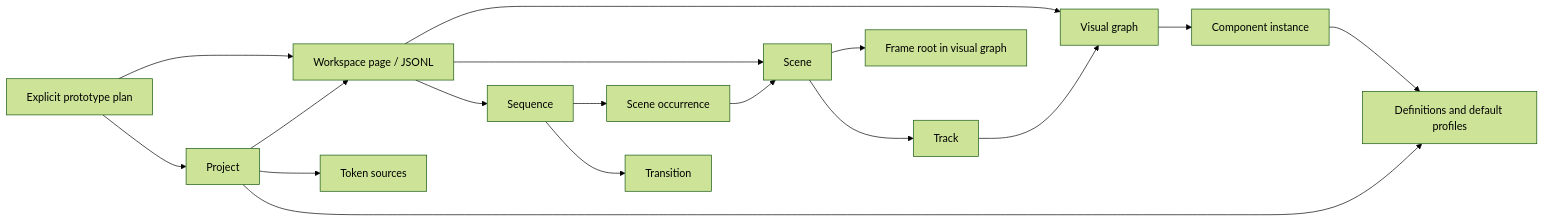
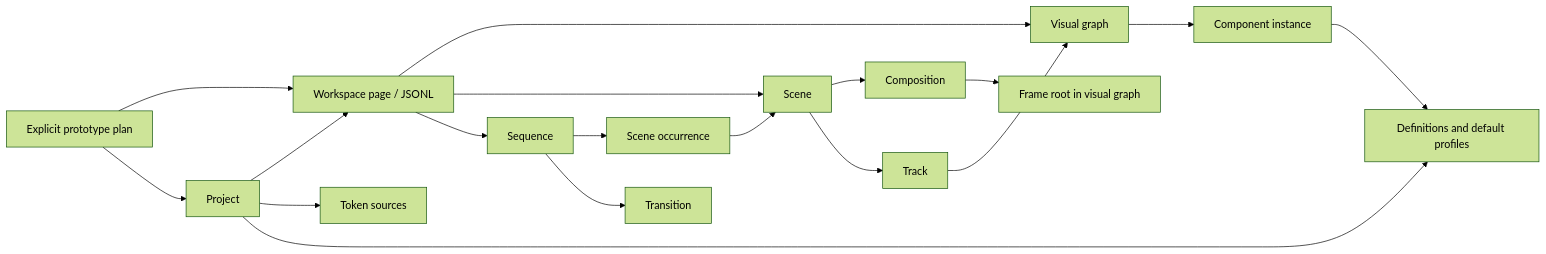
The diagram in docs/architecture/design/shared-document-model/relationships.md (Paths-Design/full-stack-ds), drawn with Mermaid (forest theme) before and after one commit. The commit also changed other lines of this file and 3 other files, not shown here.

````diff
--- a/docs/architecture/design/shared-document-model/relationships.md
+++ b/docs/architecture/design/shared-document-model/relationships.md
@@ -32,19 +33,20 @@
 ```mermaid
 flowchart LR
   Project --> Page[Workspace page / JSONL]
   Project --> Tokens[Token sources]
   Project --> Library[Definitions and default profiles]
   Page --> Nodes[Visual graph]
   Nodes --> Instance[Component instance]
   Instance --> Library
   Page --> Scene
-  Scene --> Frame[Frame root in visual graph]
+  Scene --> Composition
+  Composition --> Frame[Frame root in visual graph]
   Scene --> Track
   Track --> Nodes
   Page --> Sequence
   Sequence --> Occurrence[Scene occurrence]
   Occurrence --> Scene
   Sequence --> Transition
   Plan[Explicit prototype plan] --> Page
   Plan --> Project
 ```
````
